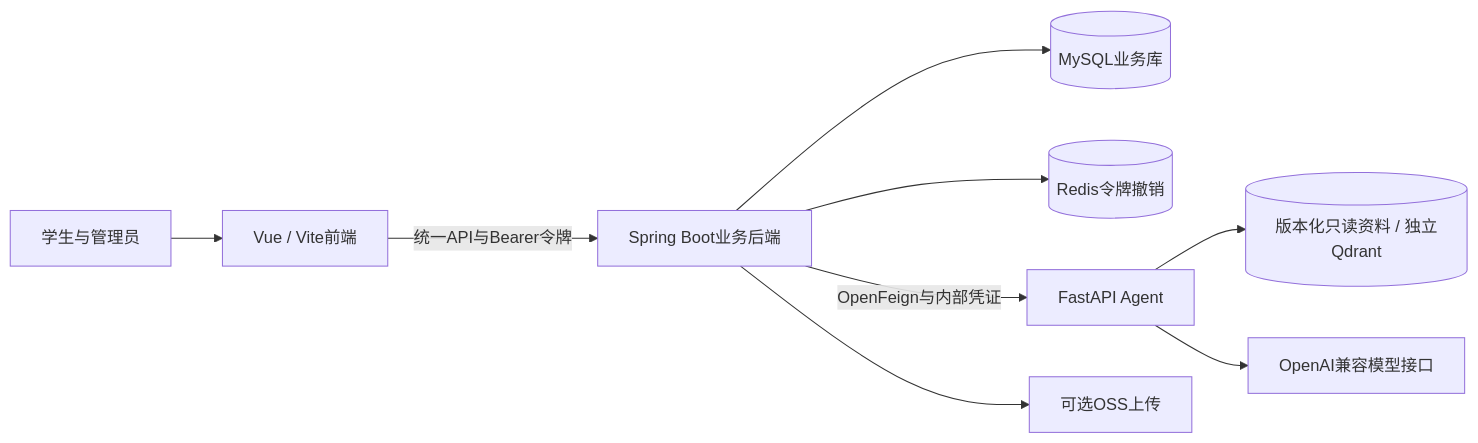
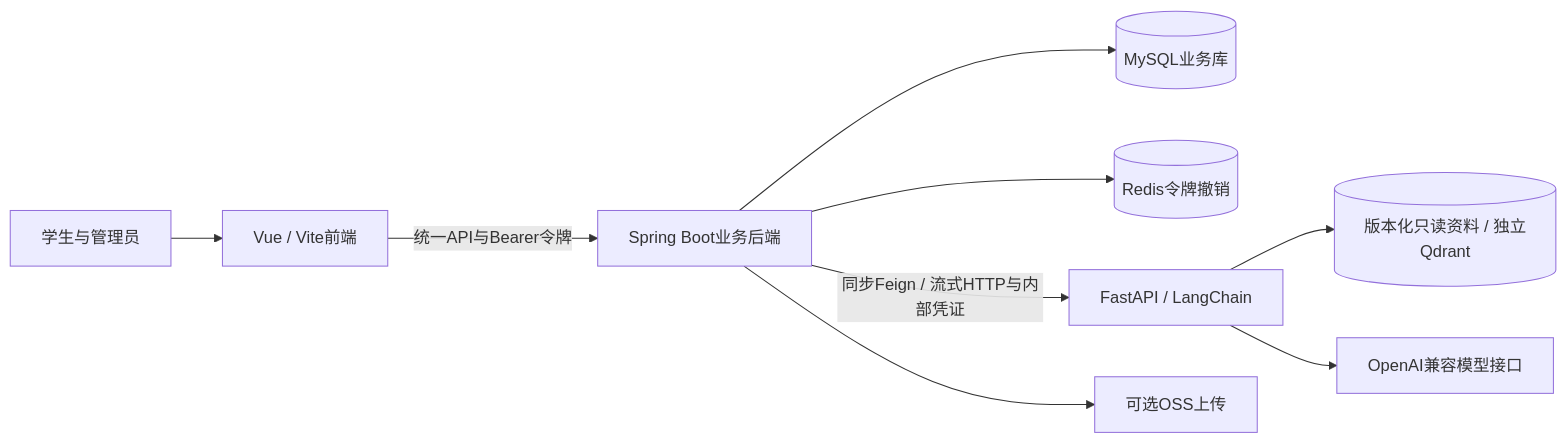
Before and after one commit to 5-bin/kaoyan-agent-platform: the diagram in 考研Agent平台搭建文档.md, drawn with Mermaid. The commit also changed other lines of this file and 18 other files, not shown here.

````diff
--- a/考研Agent平台搭建文档.md
+++ b/考研Agent平台搭建文档.md
@@ -179,11 +188,11 @@
 ```mermaid
 flowchart LR
     U[学生与管理员] --> F[Vue / Vite前端]
     F -->|统一API与Bearer令牌| J[Spring Boot业务后端]
     J --> D[(MySQL业务库)]
     J --> R[(Redis令牌撤销)]
-    J -->|OpenFeign与内部凭证| A[FastAPI Agent]
+    J -->|同步Feign / 流式HTTP与内部凭证| A[FastAPI / LangChain]
     A --> K[(版本化只读资料 / 独立Qdrant)]
     A --> M[OpenAI兼容模型接口]
     J --> O[可选OSS上传]
 ```
````
